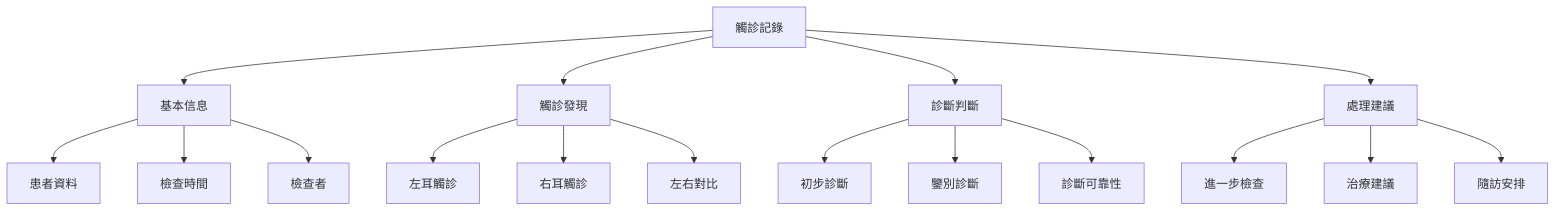
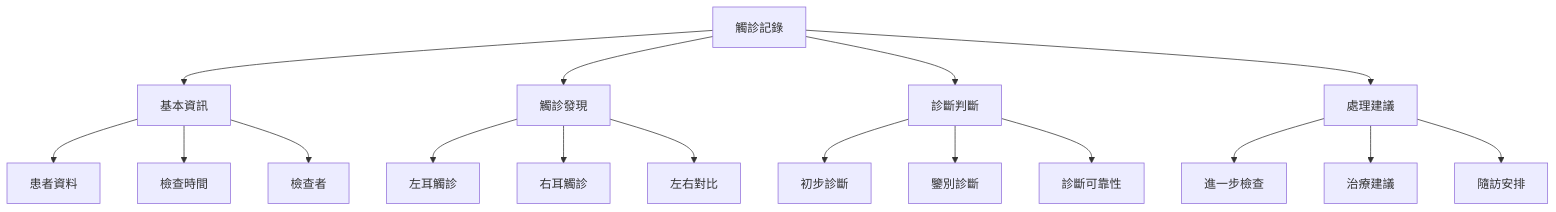
The seventh of 7 diagrams in 3 Resources/01-Tech/🏥 专业知识/耳穴知识库/02-耳穴診斷/耳穴觸診技術.md (kmjade/knowledge-value), drawn with Mermaid before and after one commit. The commit also changed other lines of this file and 653 other files, not shown here.

````diff
--- a/3 Resources/01-Tech/🏥 专业知识/耳穴知识库/02-耳穴診斷/耳穴觸診技術.md
+++ b/3 Resources/01-Tech/🏥 专业知识/耳穴知识库/02-耳穴診斷/耳穴觸診技術.md
@@ -465,23 +465,23 @@
 ```mermaid
 graph TD
-    A[觸診記錄] --> B[基本信息]
+    A[觸診記錄] --> B[基本資訊]
     A --> C[觸診發現]
     A --> D[診斷判斷]
     A --> E[處理建議]
     
     B --> B1[患者資料]
     B --> B2[檢查時間]
     B --> B3[檢查者]
     
     C --> C1[左耳觸診]
     C --> C2[右耳觸診]
     C --> C3[左右對比]
     
     D --> D1[初步診斷]
     D --> D2[鑒別診斷]
     D --> D3[診斷可靠性]
     
     E --> E1[進一步檢查]
     E --> E2[治療建議]
     E --> E3[隨訪安排]
 ```
````
